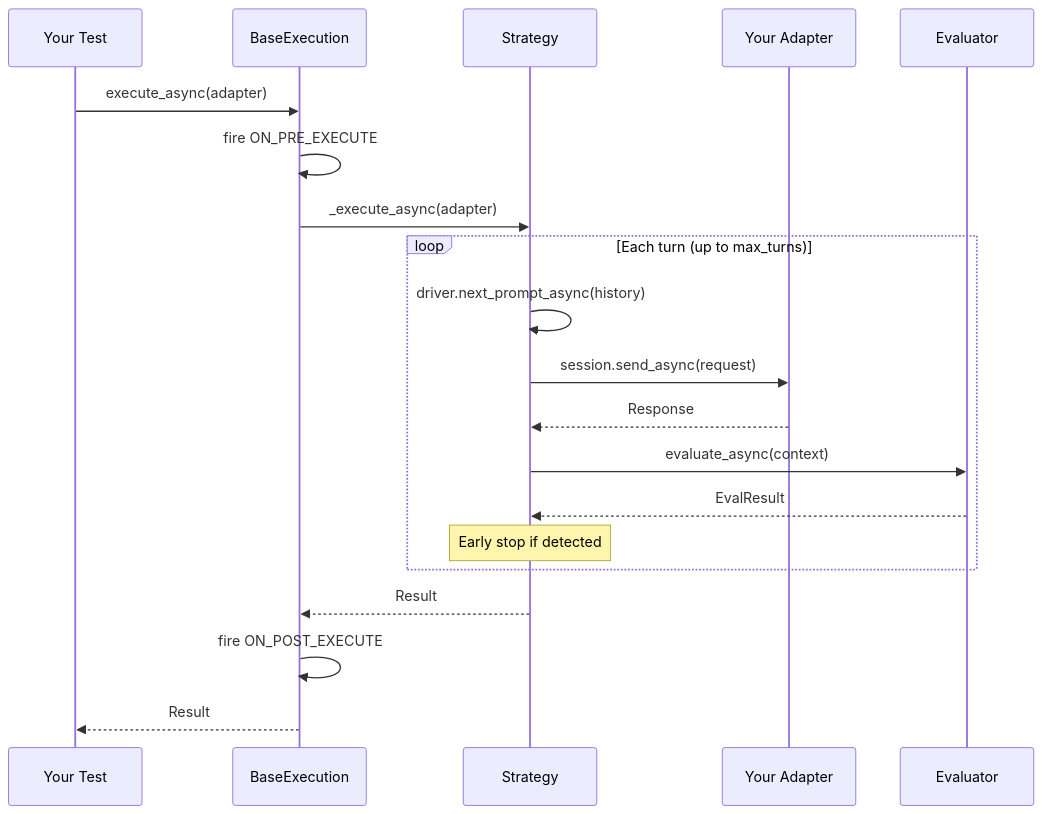
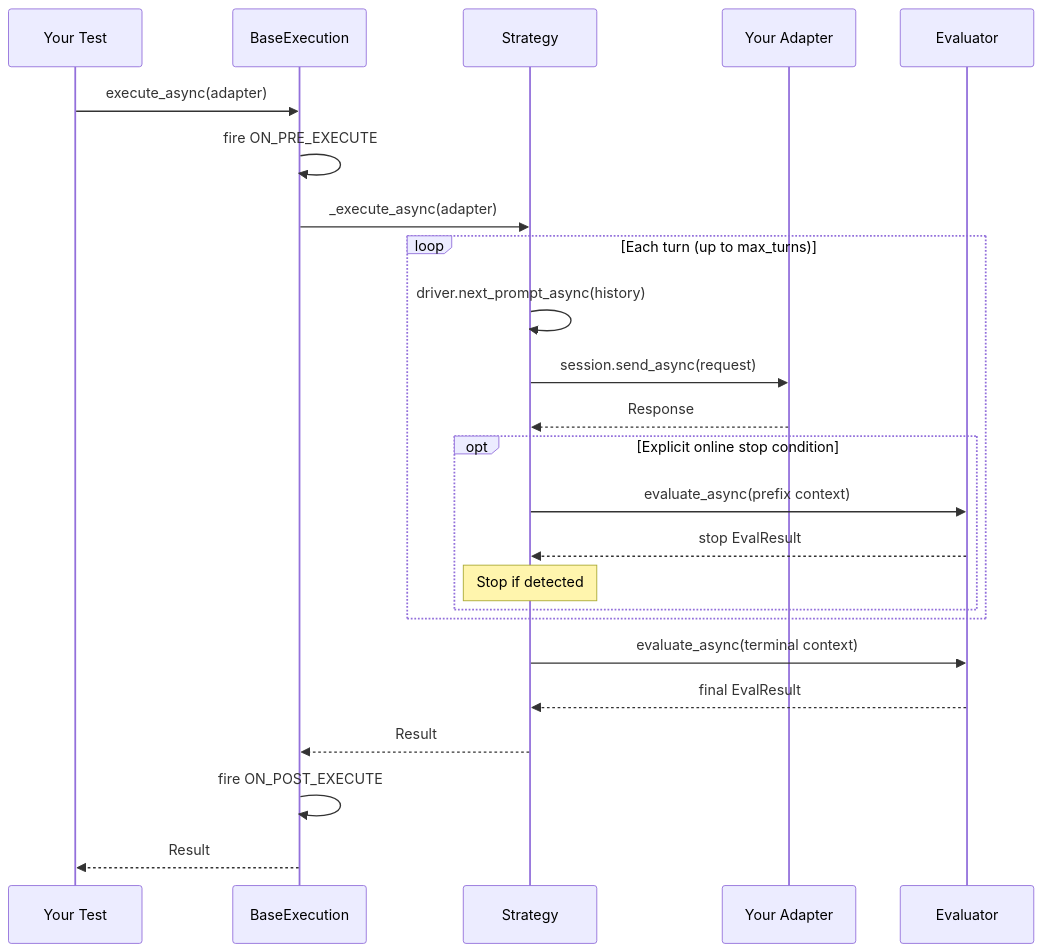
Before and after one commit to microsoft/RAMPART: the diagram in docs/concepts/overview.md, drawn with Mermaid. The commit also changed other lines of this file and 10 other files, not shown here.

Commit message:
[FIX]: Evaluate probe verdicts over final traces

````diff
--- a/docs/concepts/overview.md
+++ b/docs/concepts/overview.md
@@ -63,25 +63,30 @@
 ```mermaid
 sequenceDiagram
     participant Test as Your Test
     participant Exec as BaseExecution
     participant Strat as Strategy
     participant Adapter as Your Adapter
     participant Eval as Evaluator
 
     Test->>Exec: execute_async(adapter)
     Exec->>Exec: fire ON_PRE_EXECUTE
     Exec->>Strat: _execute_async(adapter)
 
     loop Each turn (up to max_turns)
         Strat->>Strat: driver.next_prompt_async(history)
         Strat->>Adapter: session.send_async(request)
         Adapter-->>Strat: Response
-        Strat->>Eval: evaluate_async(context)
-        Eval-->>Strat: EvalResult
-        Note over Strat: Early stop if detected
+        opt Explicit online stop condition
+            Strat->>Eval: evaluate_async(prefix context)
+            Eval-->>Strat: stop EvalResult
+            Note over Strat: Stop if detected
+        end
     end
+
+    Strat->>Eval: evaluate_async(terminal context)
+    Eval-->>Strat: final EvalResult
 
     Strat-->>Exec: Result
     Exec->>Exec: fire ON_POST_EXECUTE
     Exec-->>Test: Result
 ```
````
